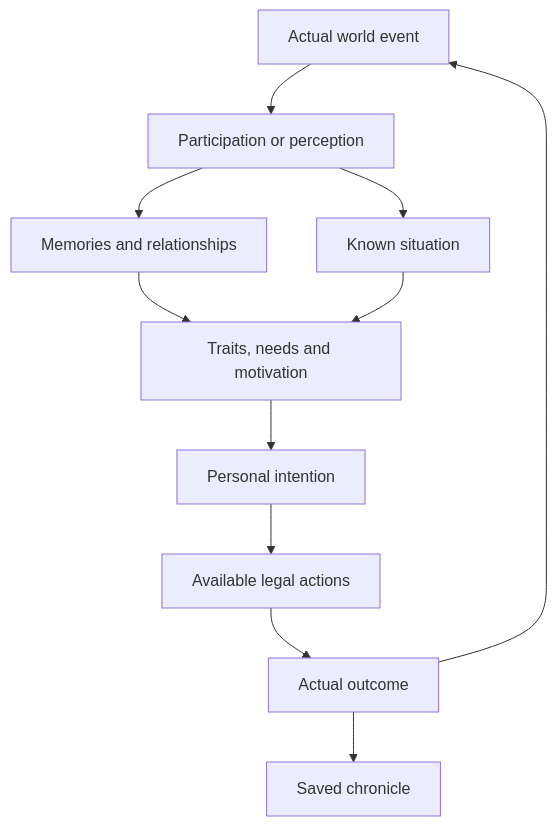
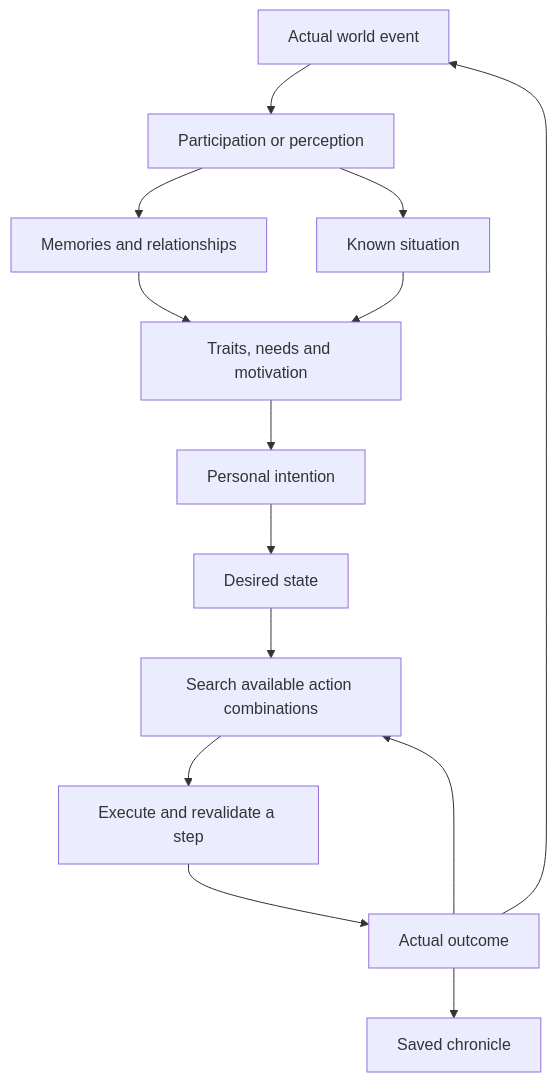
One commit to Qew7/Rogue-Survivor-Expanded changed the diagram in docs/npc-intentions.md. Above: the diagram before and after it, drawn with Mermaid. The commit also changed other lines of this file and 44 other files, not shown here.

````diff
--- a/docs/npc-intentions.md
+++ b/docs/npc-intentions.md
@@ -10,13 +10,16 @@
 ```mermaid
 flowchart TD
     A[Actual world event] --> B[Participation or perception]
     B --> C[Memories and relationships]
     B --> D[Known situation]
     C --> E[Traits, needs and motivation]
     D --> E
     E --> F[Personal intention]
-    F --> G[Available legal actions]
+    F --> P[Desired state]
+    P --> Q[Search available action combinations]
+    Q --> G[Execute and revalidate a step]
     G --> H[Actual outcome]
     H --> A
     H --> I[Saved chronicle]
+    H --> Q
 ```
````
